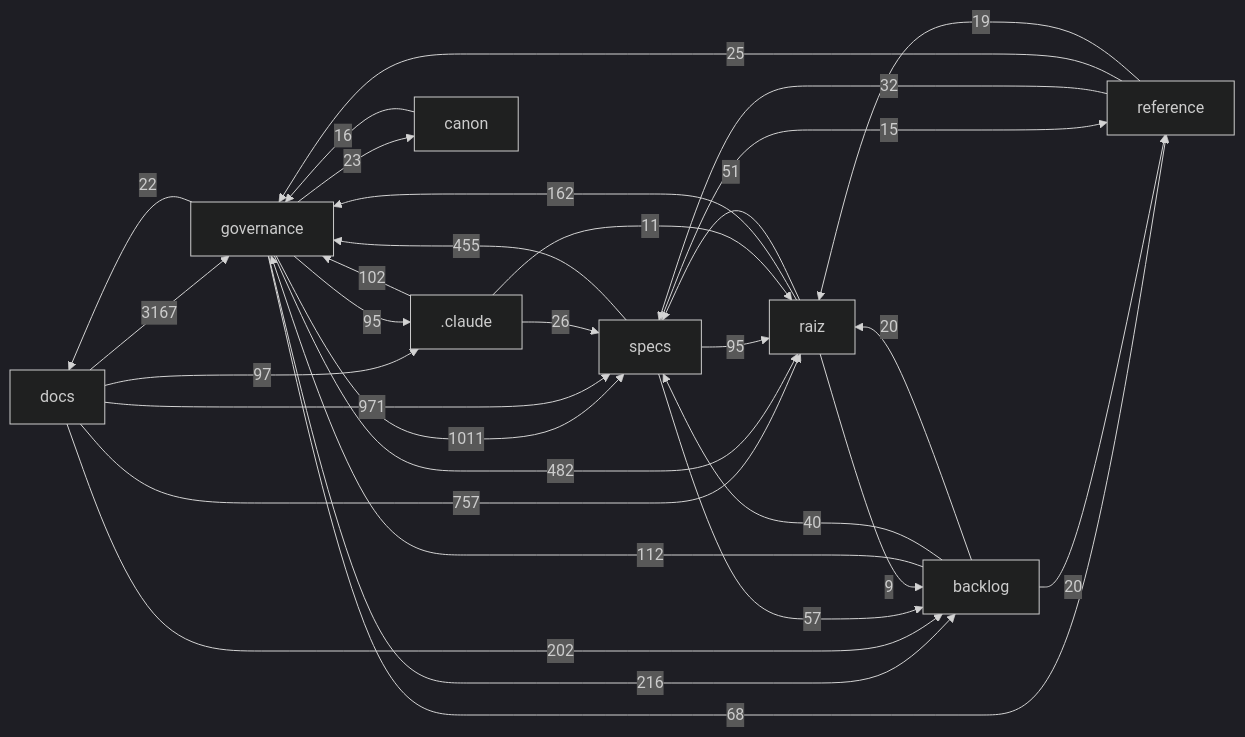
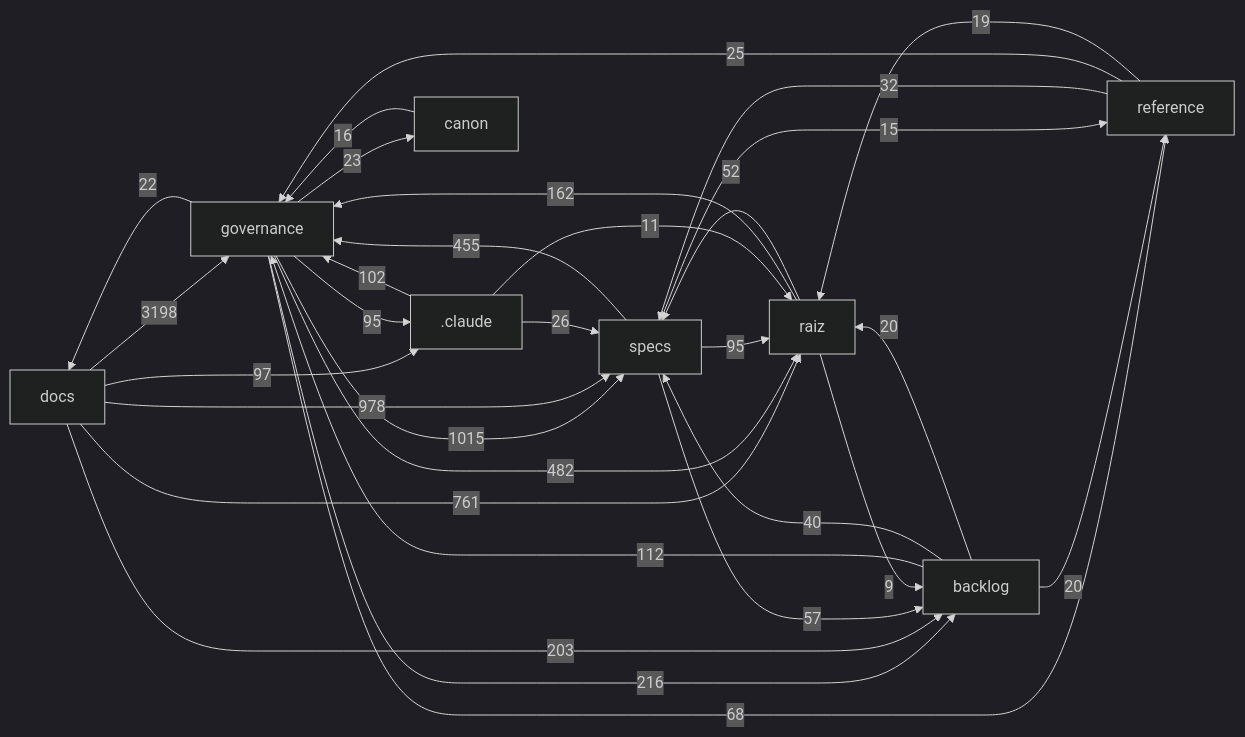
Before and after one commit to Andraus35/Sistema-Operacional-de-Trading--SOT: the diagram in docs/mapa/MAPA-PROJETO.md, drawn with Mermaid (dark theme). The commit also changed other lines of this file and 5 other files, not shown here.

````diff
--- a/docs/mapa/MAPA-PROJETO.md
+++ b/docs/mapa/MAPA-PROJETO.md
@@ -29,33 +29,33 @@
 ```mermaid
 flowchart LR
-  docs["docs"] -->|3167| governance["governance"]
-  governance["governance"] -->|1011| specs["specs"]
-  docs["docs"] -->|971| specs["specs"]
-  docs["docs"] -->|757| raiz["raiz"]
+  docs["docs"] -->|3198| governance["governance"]
+  governance["governance"] -->|1015| specs["specs"]
+  docs["docs"] -->|978| specs["specs"]
+  docs["docs"] -->|761| raiz["raiz"]
   governance["governance"] -->|482| raiz["raiz"]
   specs["specs"] -->|455| governance["governance"]
   governance["governance"] -->|216| backlog["backlog"]
-  docs["docs"] -->|202| backlog["backlog"]
+  docs["docs"] -->|203| backlog["backlog"]
   raiz["raiz"] -->|162| governance["governance"]
   backlog["backlog"] -->|112| governance["governance"]
   _claude[".claude"] -->|102| governance["governance"]
   docs["docs"] -->|97| _claude[".claude"]
   governance["governance"] -->|95| _claude[".claude"]
   specs["specs"] -->|95| raiz["raiz"]
   governance["governance"] -->|68| reference["reference"]
   specs["specs"] -->|57| backlog["backlog"]
-  raiz["raiz"] -->|51| specs["specs"]
+  raiz["raiz"] -->|52| specs["specs"]
   backlog["backlog"] -->|40| specs["specs"]
   reference["reference"] -->|32| specs["specs"]
   _claude[".claude"] -->|26| specs["specs"]
   reference["reference"] -->|25| governance["governance"]
   governance["governance"] -->|23| canon["canon"]
   governance["governance"] -->|22| docs["docs"]
   backlog["backlog"] -->|20| raiz["raiz"]
   backlog["backlog"] -->|20| reference["reference"]
   reference["reference"] -->|19| raiz["raiz"]
   canon["canon"] -->|16| governance["governance"]
   specs["specs"] -->|15| reference["reference"]
   _claude[".claude"] -->|11| raiz["raiz"]
   raiz["raiz"] -->|9| backlog["backlog"]
 ```
````
